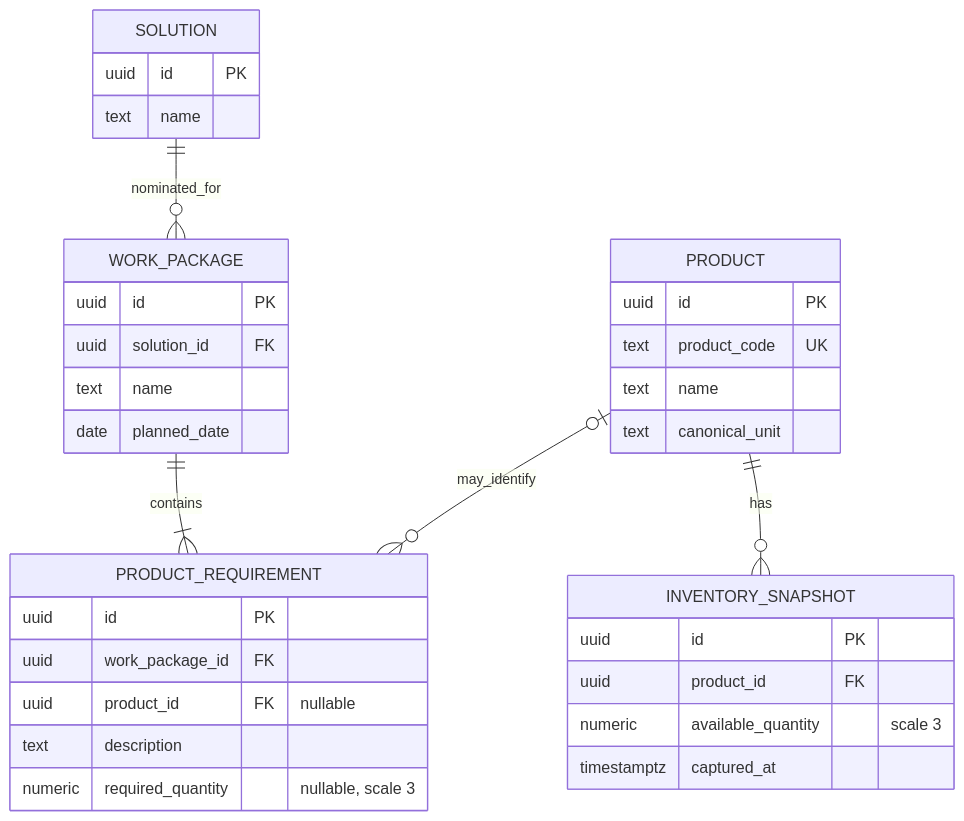
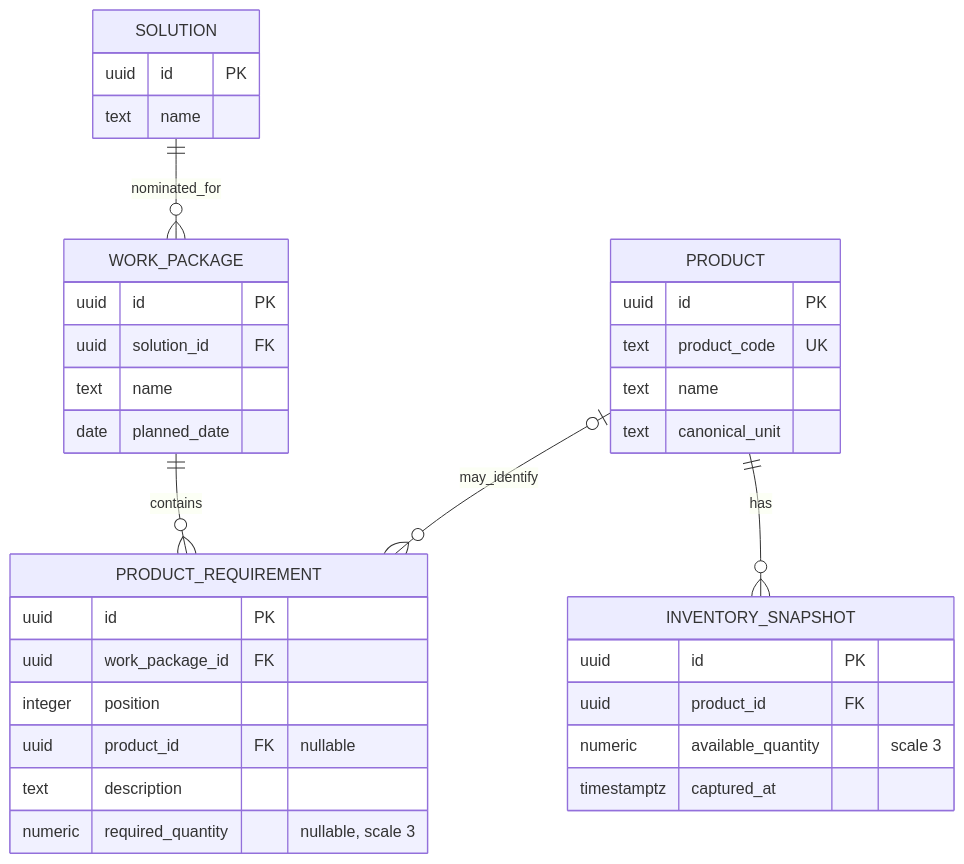
Before and after one commit to jiqiang90/qantum-stock: the fourth of 4 diagrams in docs/architecture/overview.md, drawn with Mermaid. The commit also changed other lines of this file and 17 other files, not shown here.

````diff
--- a/docs/architecture/overview.md
+++ b/docs/architecture/overview.md
@@ -129,37 +129,38 @@
 ```mermaid
 erDiagram
     SOLUTION ||--o{ WORK_PACKAGE : nominated_for
-    WORK_PACKAGE ||--|{ PRODUCT_REQUIREMENT : contains
+    WORK_PACKAGE ||--o{ PRODUCT_REQUIREMENT : contains
     PRODUCT o|--o{ PRODUCT_REQUIREMENT : may_identify
     PRODUCT ||--o{ INVENTORY_SNAPSHOT : has
 
     SOLUTION {
         uuid id PK
         text name
     }
     WORK_PACKAGE {
         uuid id PK
         uuid solution_id FK
         text name
         date planned_date
     }
     PRODUCT {
         uuid id PK
         text product_code UK
         text name
         text canonical_unit
     }
     PRODUCT_REQUIREMENT {
         uuid id PK
         uuid work_package_id FK
+        integer position
         uuid product_id FK "nullable"
         text description
         numeric required_quantity "nullable, scale 3"
     }
     INVENTORY_SNAPSHOT {
         uuid id PK
         uuid product_id FK
         numeric available_quantity "scale 3"
         timestamptz captured_at
     }
 ```
````
